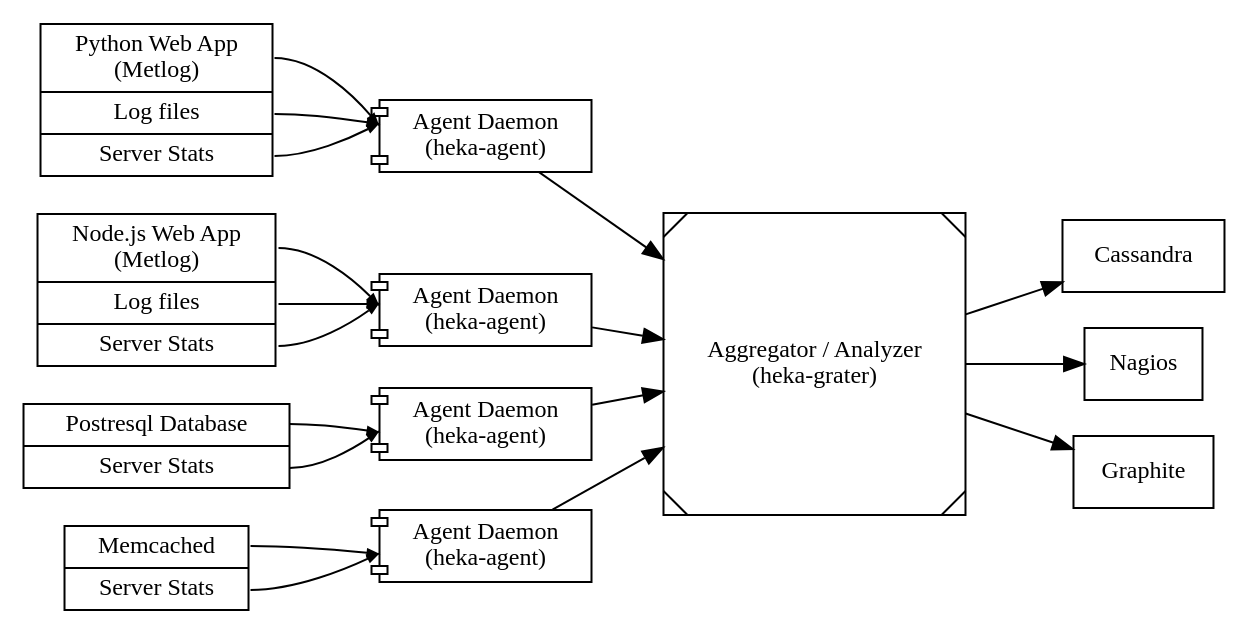
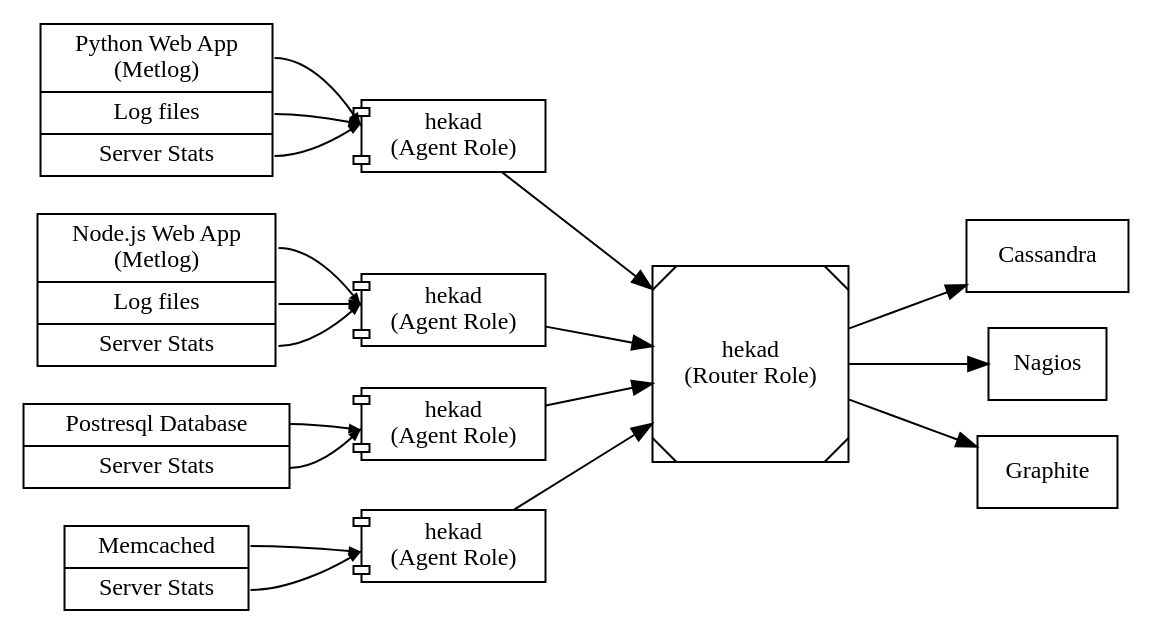
The diagram in source/architecture/overview.dot (mozilla-services/heka-docs), drawn with Graphviz before and after one commit. The commit also changed 3 other files, not shown here.

```diff
--- a/source/architecture/overview.dot
+++ b/source/architecture/overview.dot
@@ -1,61 +1,61 @@
 digraph overview {
     rankdir=LR;
     ranksep=equally;
     node [fontsize=12];
 
     subgraph {
         rank=same;
         node [shape=record];
         input1 [label="<f0> Python Web App\n(Metlog)|<f1> Log files|<f2> Server Stats"];
         input2 [label="<f0> Node.js Web App\n(Metlog)|<f1> Log files|<f2> Server Stats"];
         input3 [label="<f0> Postresql Database|<f1> Server Stats"];
         input4 [label="<f0> Memcached|<f1> Server Stats"]
     }
 
     subgraph {
         rank=same;
-        node [shape=component, label="Agent Daemon\n(heka-agent)"];
+        node [shape=component, label="hekad\n(Agent Role)"];
         agent1 [];
         agent2 [];
         agent3 [];
         agent4 [];
     }
 
     subgraph {
         edge [samehead = "t", arrowsize=0.5];
         input1:f0 -> agent1;
         input1:f1 -> agent1;
         input1:f2 -> agent1;
 
         input2:f0 -> agent2;
         input2:f1 -> agent2;
         input2:f2 -> agent2;
 
         input3:f0 -> agent3;
         input3:f1 -> agent3;
 
         input4:f0 -> agent4;
         input4:f1 -> agent4;
     }
 
-    aggregator [shape=Msquare, label="Aggregator / Analyzer\n(heka-grater)"];
+    aggregator [shape=Msquare, label="hekad\n(Router Role)"];
 
     agent1 -> aggregator;
     agent2 -> aggregator;
     agent3 -> aggregator;
     agent4 -> aggregator;
 
     subgraph {
         rank=same;
         node [shape=box];
         cassandra [label="Cassandra"];
         nagios [label="Nagios"];
         graphite [label="Graphite"];
     }
 
     subgraph {
         aggregator -> cassandra;
         aggregator -> nagios;
         aggregator -> graphite;
     }
 }
```
